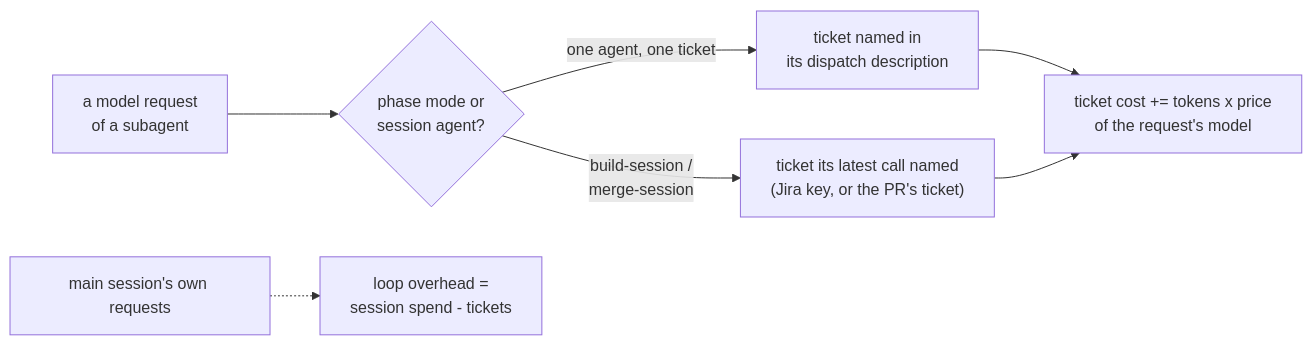
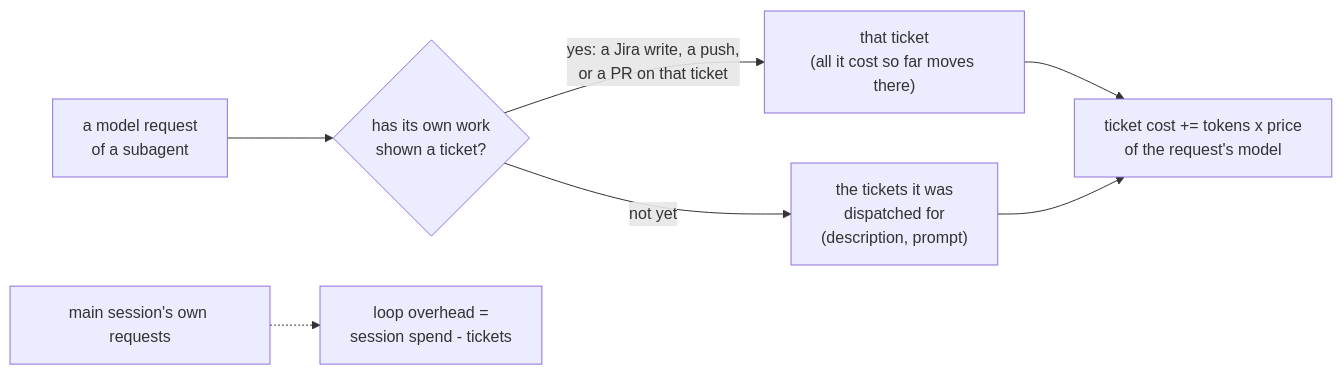
The diagram in agile-mods/docs/console.md (cedricfarinazzo/agile-skills), drawn with Mermaid before and after one commit. The commit also changed other lines of this file and 6 other files, not shown here.

First line of the commit message:
fix(mods): a dispatch's text cannot move cost off the ticket an agent works

````diff
--- a/agile-mods/docs/console.md
+++ b/agile-mods/docs/console.md
@@ -63,9 +63,9 @@
 ```mermaid
 flowchart LR
-  R["a model request<br/>of a subagent"] --> P{"phase mode or<br/>session agent?"}
-  P -- "one agent, one ticket" --> D["ticket named in<br/>its dispatch description"]
-  P -- "build-session /<br/>merge-session" --> C["ticket its latest call named<br/>(Jira key, or the PR's ticket)"]
-  D --> T["ticket cost += tokens x price<br/>of the request's model"]
+  R["a model request<br/>of a subagent"] --> W{"has its own work<br/>shown a ticket?"}
+  W -- "yes: a Jira write, a push,<br/>or a PR on that ticket" --> S["that ticket<br/>(all it cost so far moves there)"]
+  W -- "not yet" --> C["the tickets it was<br/>dispatched for<br/>(description, prompt)"]
+  S --> T["ticket cost += tokens x price<br/>of the request's model"]
   C --> T
   M["main session's own requests"] -.-> O["loop overhead =<br/>session spend - tickets"]
 ```
````
